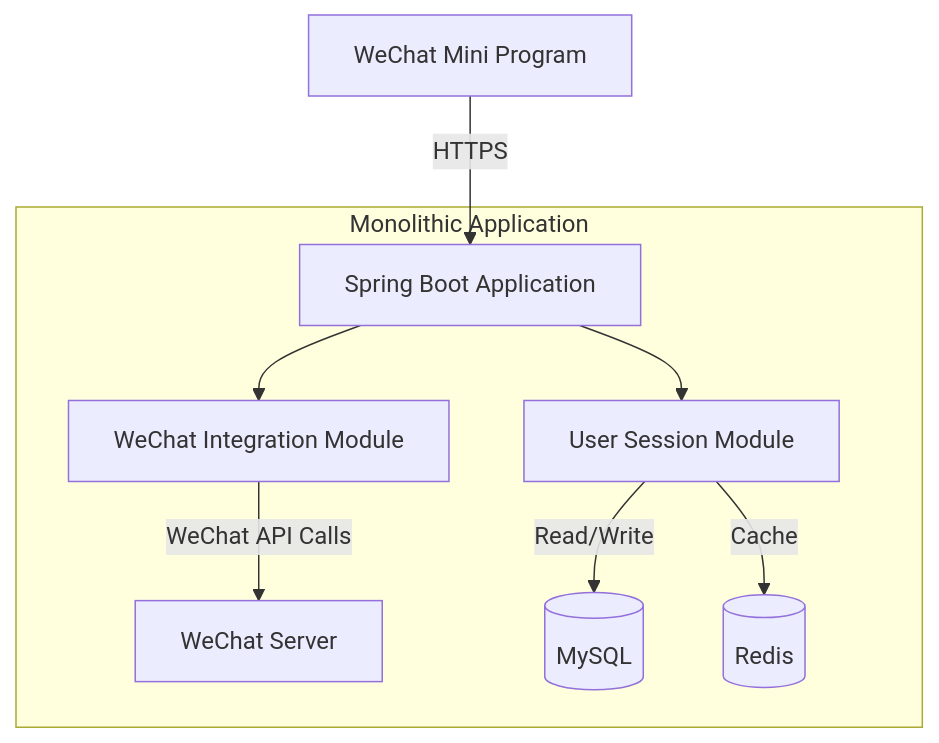
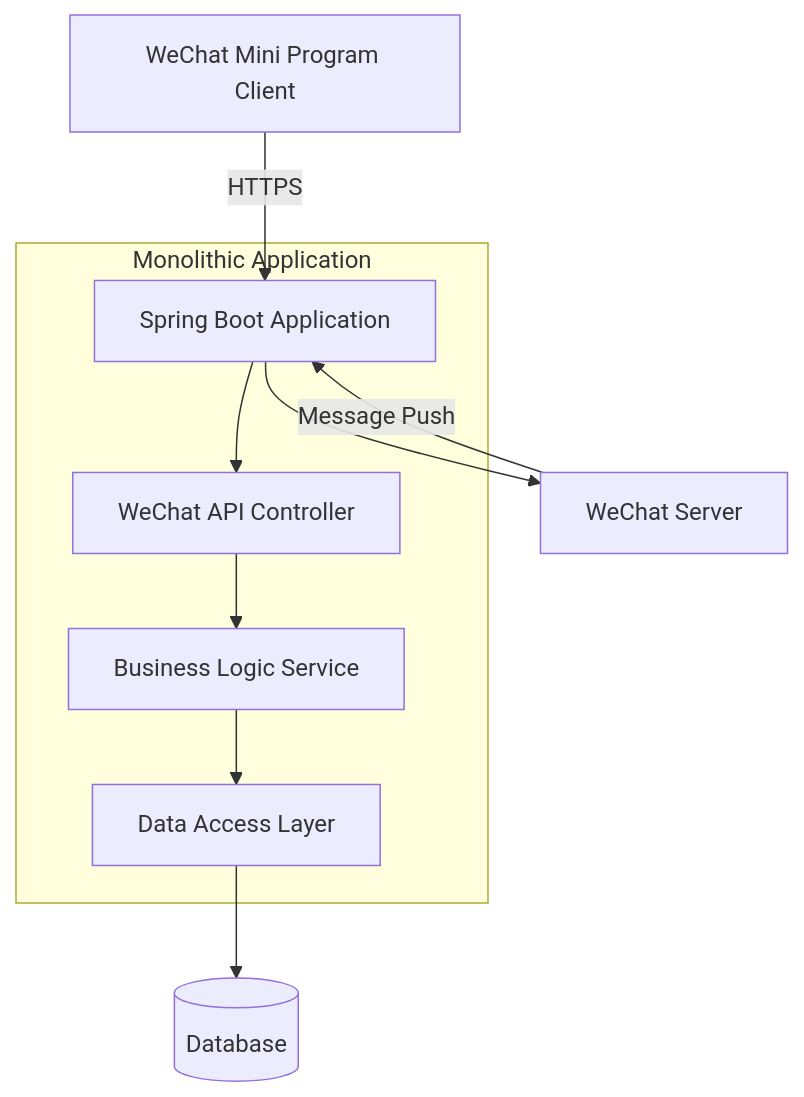
The diagram in docs/en/summary/system_architecture.md (v-wjrong/rongwj666_weixin-java-miniapp-demo), drawn with Mermaid before and after one commit. The commit also changed other lines of this file and 49 other files, not shown here.

````diff
--- a/docs/en/summary/system_architecture.md
+++ b/docs/en/summary/system_architecture.md
@@ -75,11 +51,11 @@
-```mermaid
-graph TD
-    A[WeChat Mini Program] -- HTTPS --> B[Spring Boot Application]
-    subgraph Monolithic Application
-        B --> C[WeChat Integration Module]
-        B --> D[User Session Module]
-        C -- WeChat API Calls --> E[WeChat Server]
-        D -- Read/Write --> F[(MySQL)]
-        D -- Cache --> G[(Redis)]
-    end
-```
+```mermaid  
+graph TD  
+    A[WeChat Mini Program Client] -- HTTPS --> B[Spring Boot Application]  
+    subgraph Monolithic Application  
+        B --> C[WeChat API Controller]  
+        C --> D[Business Logic Service]  
+        D --> E[Data Access Layer]  
+    end  
+    E --> F[(Database)]  
+    B --> G[WeChat Server] -- Message Push --> B  
+```  
````
